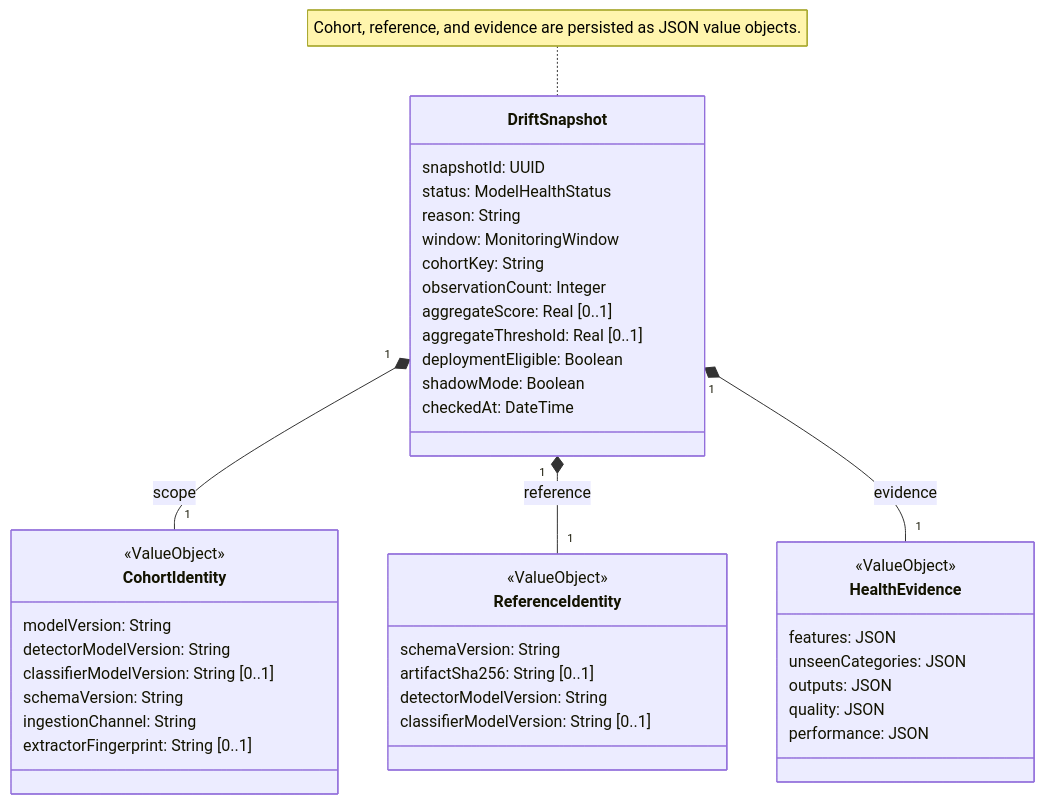
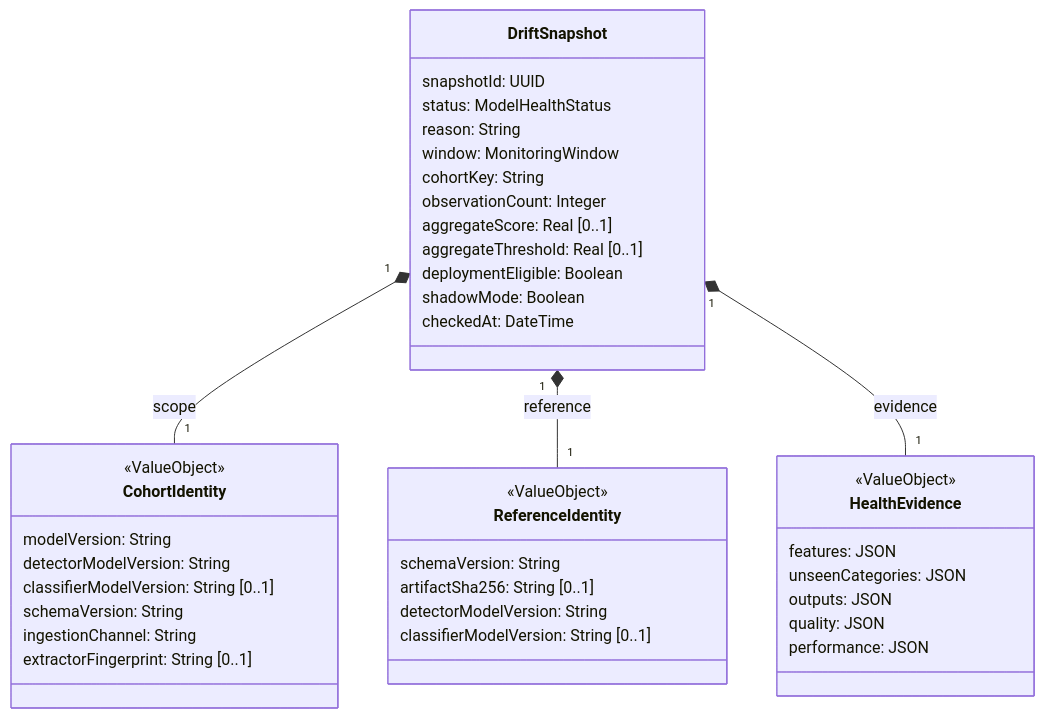
Before and after one commit to ZakariaElKhaldi/4iir-sr: the diagram in diagrams/03c-model-health-classes.mmd, drawn with Mermaid. The commit also changed 53 other files, not shown here.

```diff
--- a/diagrams/03c-model-health-classes.mmd
+++ b/diagrams/03c-model-health-classes.mmd
@@ -1,49 +1,47 @@
 classDiagram
     direction TB
 
     class DriftSnapshot {
         snapshotId: UUID
         status: ModelHealthStatus
         reason: String
         window: MonitoringWindow
         cohortKey: String
         observationCount: Integer
         aggregateScore: Real [0..1]
         aggregateThreshold: Real [0..1]
         deploymentEligible: Boolean
         shadowMode: Boolean
         checkedAt: DateTime
     }
 
     class CohortIdentity {
         <<ValueObject>>
         modelVersion: String
         detectorModelVersion: String
         classifierModelVersion: String [0..1]
         schemaVersion: String
         ingestionChannel: String
         extractorFingerprint: String [0..1]
     }
 
     class ReferenceIdentity {
         <<ValueObject>>
         schemaVersion: String
         artifactSha256: String [0..1]
         detectorModelVersion: String
         classifierModelVersion: String [0..1]
     }
 
     class HealthEvidence {
         <<ValueObject>>
         features: JSON
         unseenCategories: JSON
         outputs: JSON
         quality: JSON
         performance: JSON
     }
 
     DriftSnapshot "1" *-- "1" CohortIdentity : scope
     DriftSnapshot "1" *-- "1" ReferenceIdentity : reference
     DriftSnapshot "1" *-- "1" HealthEvidence : evidence
-
-    note for DriftSnapshot "Cohort, reference, and evidence are persisted as JSON value objects."
```
